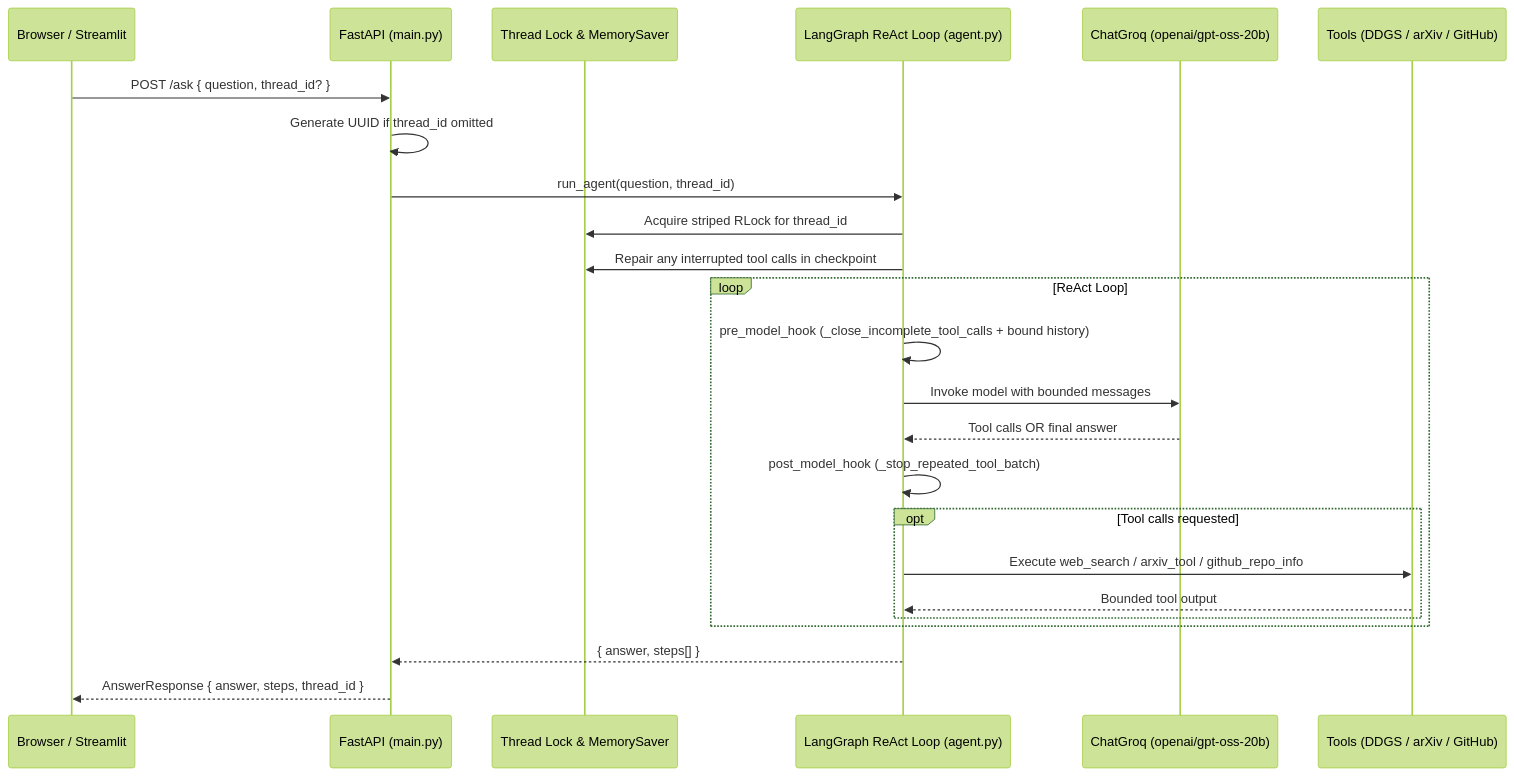
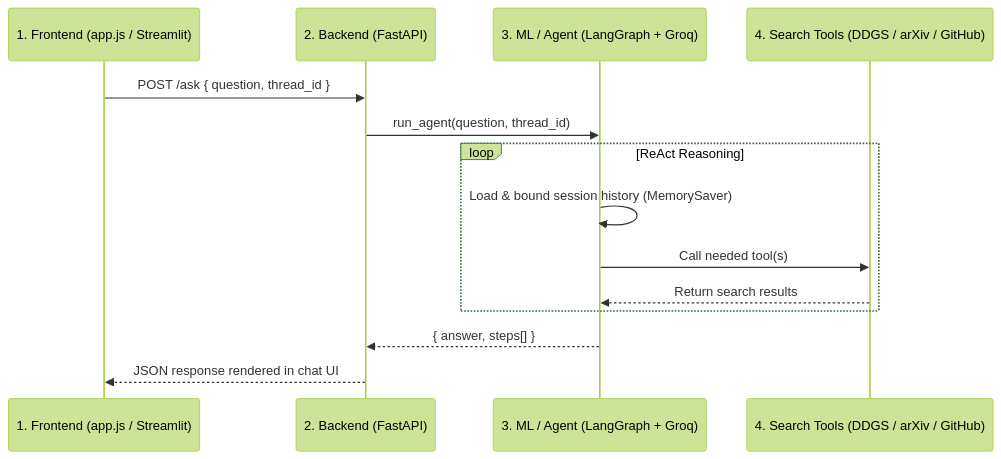
One commit to Aryanwadhwa14/Research_Atelier changed the second of 3 diagrams in README.md. Above: the diagram before and after it, drawn with Mermaid (forest theme). The commit also changed other lines of this file, not shown here.

````diff
--- a/README.md
+++ b/README.md
@@ -61,27 +80,17 @@
 ```mermaid
 sequenceDiagram
-    participant U as Browser / Streamlit
-    participant M as FastAPI (main.py)
-    participant L as Thread Lock & MemorySaver
-    participant G as LangGraph ReAct Loop (agent.py)
-    participant LLM as ChatGroq (openai/gpt-oss-20b)
-    participant T as Tools (DDGS / arXiv / GitHub)
+    participant F as 1. Frontend (app.js / Streamlit)
+    participant B as 2. Backend (FastAPI)
+    participant M as 3. ML / Agent (LangGraph + Groq)
+    participant S as 4. Search Tools (DDGS / arXiv / GitHub)
 
-    U->>M: POST /ask { question, thread_id? }
-    M->>M: Generate UUID if thread_id omitted
-    M->>G: run_agent(question, thread_id)
-    G->>L: Acquire striped RLock for thread_id
-    G->>L: Repair any interrupted tool calls in checkpoint
-    loop ReAct Loop
-        G->>G: pre_model_hook (_close_incomplete_tool_calls + bound history)
-        G->>LLM: Invoke model with bounded messages
-        LLM-->>G: Tool calls OR final answer
-        G->>G: post_model_hook (_stop_repeated_tool_batch)
-        opt Tool calls requested
-            G->>T: Execute web_search / arxiv_tool / github_repo_info
-            T-->>G: Bounded tool output
-        end
+    F->>B: POST /ask { question, thread_id }
+    B->>M: run_agent(question, thread_id)
+    loop ReAct Reasoning
+        M->>M: Load & bound session history (MemorySaver)
+        M->>S: Call needed tool(s)
+        S-->>M: Return search results
     end
-    G-->>M: { answer, steps[] }
-    M-->>U: AnswerResponse { answer, steps, thread_id }
+    M-->>B: { answer, steps[] }
+    B-->>F: JSON response rendered in chat UI
 ```
````
